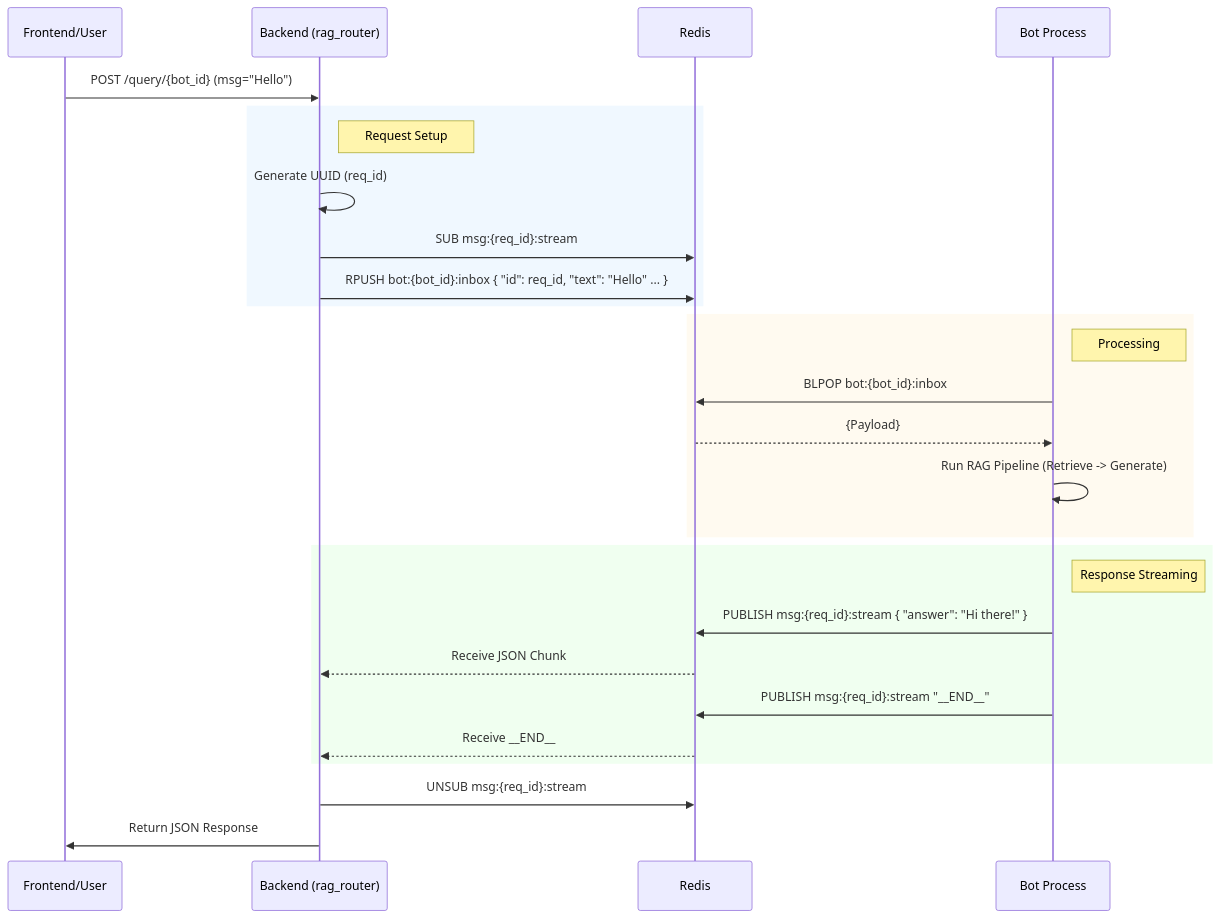
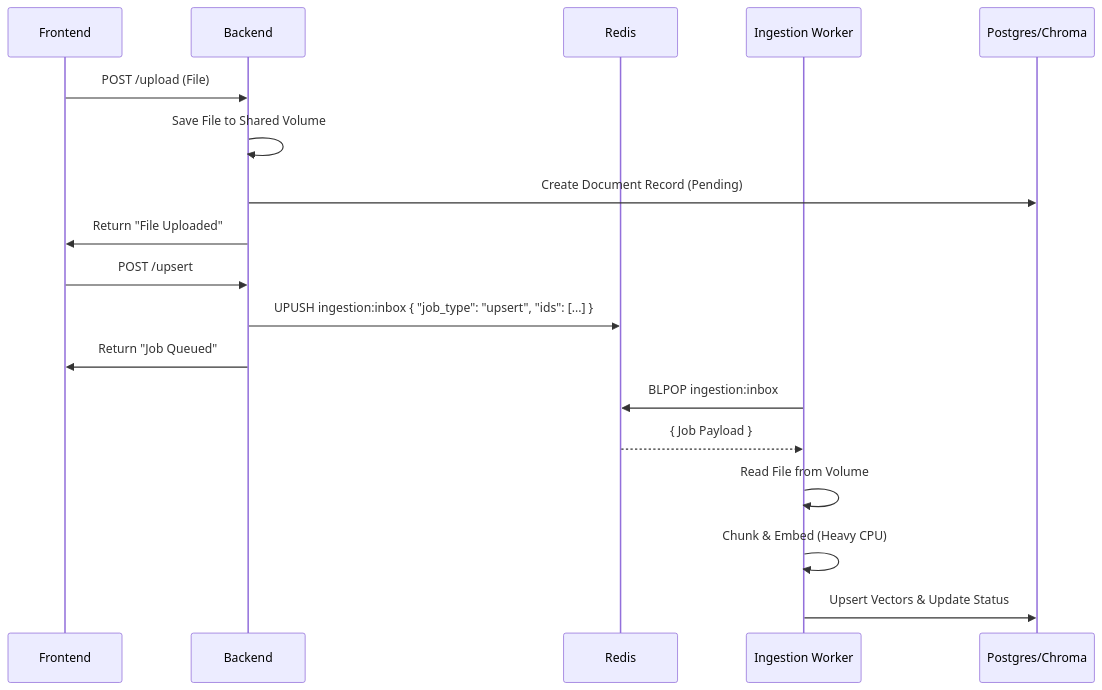
One commit to harshgurjar731/rag_chatbot changed the second of 2 diagrams in architecture.md. Above: the diagram before and after it, drawn with Mermaid. The commit also changed other lines of this file and 109 other files, not shown here.

Commit message:
feat: Introduce document ingestion pipeline with loaders, splitters, embeddings, and vector stores, along with backend services and Docker configurations.

````diff
--- a/architecture.md
+++ b/architecture.md
@@ -112,34 +82,23 @@
 ```mermaid
 sequenceDiagram
-    participant Client as Frontend/User
-    participant API as Backend (rag_router)
+    participant Client as Frontend
+    participant API as Backend
     participant Redis as Redis
-    participant Worker as Bot Process
+    participant Ingestion as Ingestion Worker
+    participant DB as Postgres/Chroma
 
-    Client->>API: POST /query/{bot_id} (msg="Hello")
-    
-    rect rgb(240, 248, 255)
-    note right of API: Request Setup
-    API->>API: Generate UUID (req_id)
-    API->>Redis: SUB msg:{req_id}:stream
-    API->>Redis: RPUSH bot:{bot_id}:inbox { "id": req_id, "text": "Hello" ... }
-    end
+    Client->>API: POST /upload (File)
+    API->>API: Save File to Shared Volume
+    API->>DB: Create Document Record (Pending)
+    API->>Client: Return "File Uploaded"
 
-    rect rgb(255, 250, 240)
-    note right of Worker: Processing
-    Worker->>Redis: BLPOP bot:{bot_id}:inbox
-    Redis-->>Worker: {Payload}
-    Worker->>Worker: Run RAG Pipeline (Retrieve -> Generate)
-    end
+    Client->>API: POST /upsert
+    API->>Redis: UPUSH ingestion:inbox { "job_type": "upsert", "ids": [...] }
+    API->>Client: Return "Job Queued"
 
-    rect rgb(240, 255, 240)
-    note right of Worker: Response Streaming
-    Worker->>Redis: PUBLISH msg:{req_id}:stream { "answer": "Hi there!" }
-    Redis-->>API: Receive JSON Chunk
-    Worker->>Redis: PUBLISH msg:{req_id}:stream "__END__"
-    Redis-->>API: Receive __END__
-    end
-
-    API->>Redis: UNSUB msg:{req_id}:stream
-    API->>Client: Return JSON Response
+    Ingestion->>Redis: BLPOP ingestion:inbox
+    Redis-->>Ingestion: { Job Payload }
+    Ingestion->>Ingestion: Read File from Volume
+    Ingestion->>Ingestion: Chunk & Embed (Heavy CPU)
+    Ingestion->>DB: Upsert Vectors & Update Status
 ```
````
